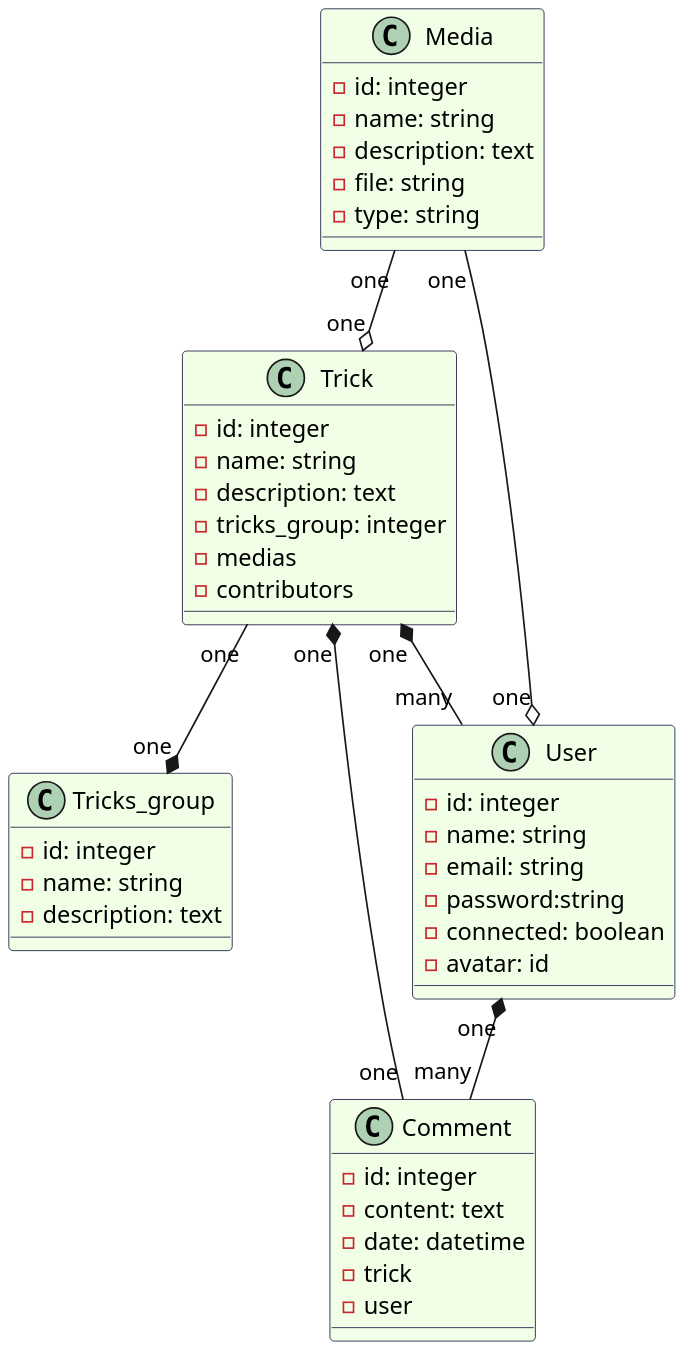
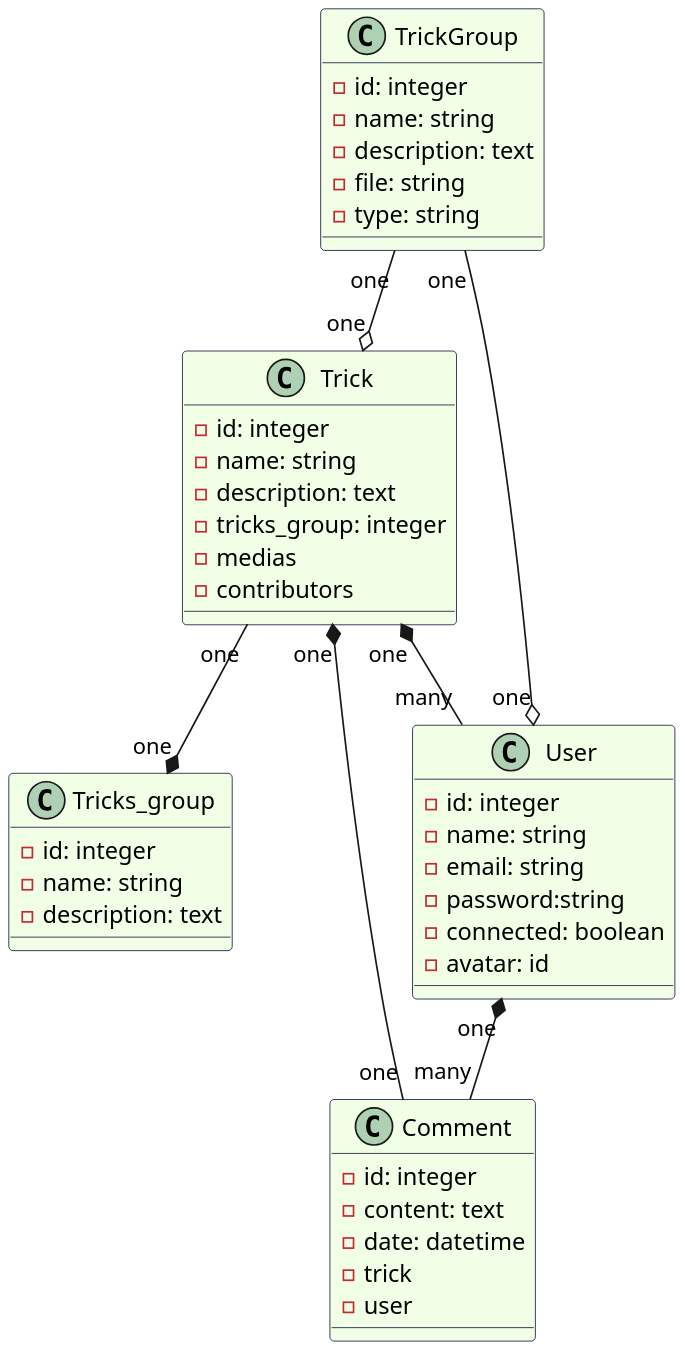
One commit to ArtGM/P6-snowtricks changed the diagram in UML/class.wsd. Above: the diagram before and after it, drawn with PlantUML. The commit also changed 24 other files, not shown here.

Commit message:
Dev: Create Trick form with images and TrickGroup fields

```diff
--- a/UML/class.wsd
+++ b/UML/class.wsd
@@ -1,50 +1,50 @@
 @startuml
 scale 800 width
 skinparam classBackgroundColor #f1ffe7
 skinparam classBorderColor #1a1b41
 Class Trick {
 -id: integer
 -name: string
 -description: text
 -tricks_group: integer
 -medias
 -contributors
 }
 Class Tricks_group {
   -id: integer
   -name: string
   -description: text
 }
-Class Media {
+Class TrickGroup {
   -id: integer
   -name: string
   -description: text
   -file: string
   -type: string
 }
 Class User {
   -id: integer
   -name: string
   -email: string
   -password:string
   -connected: boolean
   -avatar: id
 }
 Class Comment {
   -id: integer
   -content: text
   -date: datetime
   -trick
   -user
 }
 
-Media  "one" --o  "one" User
+TrickGroup  "one" --o  "one" User
 Trick  "one" --*  "one" Tricks_group
 Trick  "one" *--  "many" User
 User  "one" *--  "many" Comment
-Media  "one" --o "one" Trick
+TrickGroup  "one" --o "one" Trick
 Comment "one" --* "one" Trick
 
 
 
 @enduml
```
